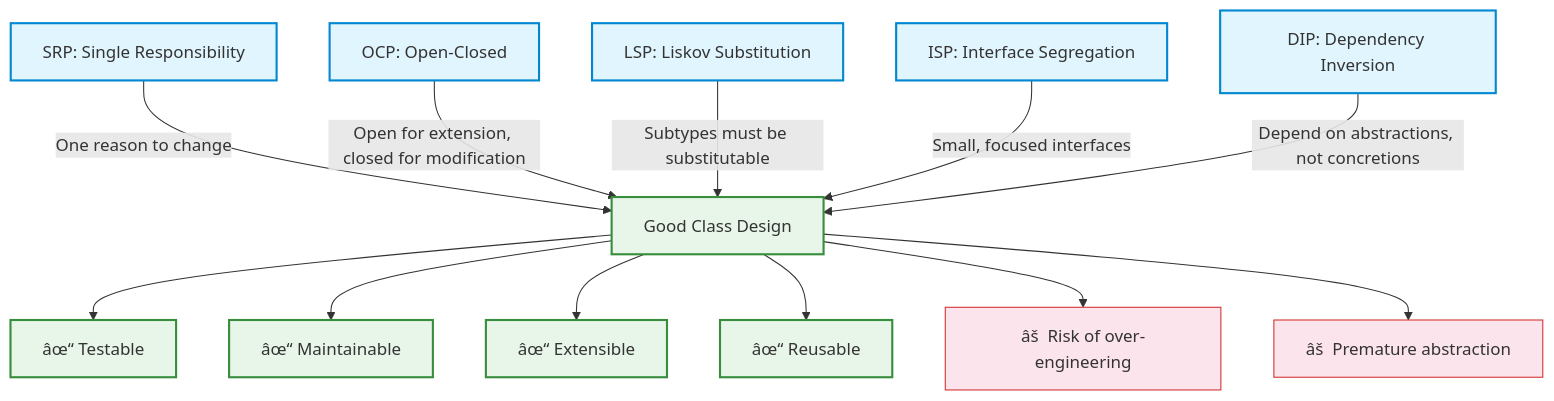
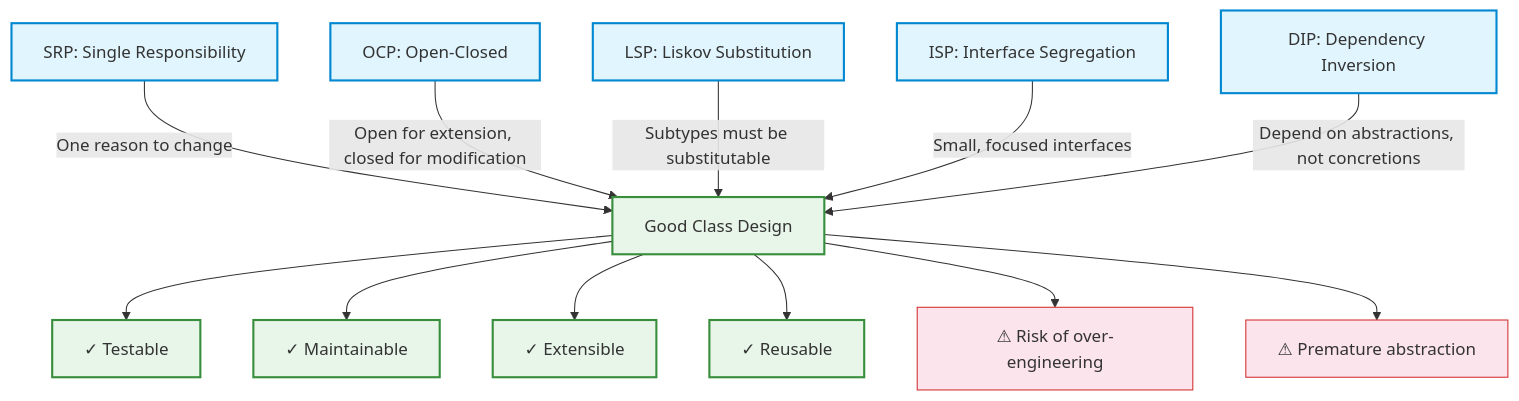
One commit to Raushan666java/ai-engineering-journey changed the first of 3 diagrams in docs/courses/software-engineering/05-design-implementation.md. Above: the diagram before and after it, drawn with Mermaid. The commit also changed other lines of this file and 965 other files, not shown here.

````diff
--- a/docs/courses/software-engineering/05-design-implementation.md
+++ b/docs/courses/software-engineering/05-design-implementation.md
@@ -46,20 +46,20 @@
 ```mermaid
 graph TD
     classDef principle fill:#e1f5fe,stroke:#0288d1,stroke-width:2px
     classDef benefit fill:#e8f5e9,stroke:#388e3c,stroke-width:2px
     classDef risk fill:#fce4ec,stroke:#d32f2f,stroke-width:1px
 
     S[SRP: Single Responsibility]:::principle -->|One reason to change| CLASS[Good Class Design]:::benefit
     O[OCP: Open-Closed]:::principle -->|Open for extension, closed for modification| CLASS
     L[LSP: Liskov Substitution]:::principle -->|Subtypes must be substitutable| CLASS
     I[ISP: Interface Segregation]:::principle -->|Small, focused interfaces| CLASS
     D[DIP: Dependency Inversion]:::principle -->|Depend on abstractions, not concretions| CLASS
 
-    CLASS --> TEST[âœ“ Testable]:::benefit
-    CLASS --> MAINTAIN[âœ“ Maintainable]:::benefit
-    CLASS --> EXTEND[âœ“ Extensible]:::benefit
-    CLASS --> REUSE[âœ“ Reusable]:::benefit
+    CLASS --> TEST[✓ Testable]:::benefit
+    CLASS --> MAINTAIN[✓ Maintainable]:::benefit
+    CLASS --> EXTEND[✓ Extensible]:::benefit
+    CLASS --> REUSE[✓ Reusable]:::benefit
 
-    CLASS --> OVERENG[âš  Risk of over-engineering]:::risk
-    CLASS --> PREMATURE[âš  Premature abstraction]:::risk
+    CLASS --> OVERENG[⚠ Risk of over-engineering]:::risk
+    CLASS --> PREMATURE[⚠ Premature abstraction]:::risk
 ```
````
